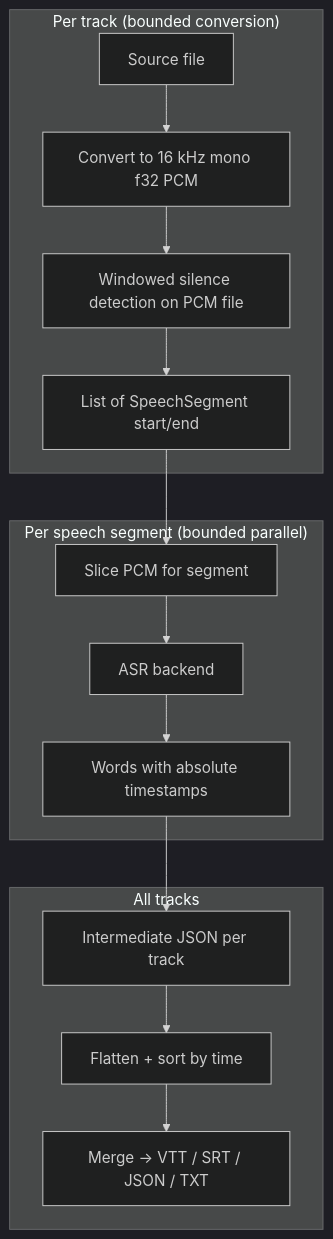
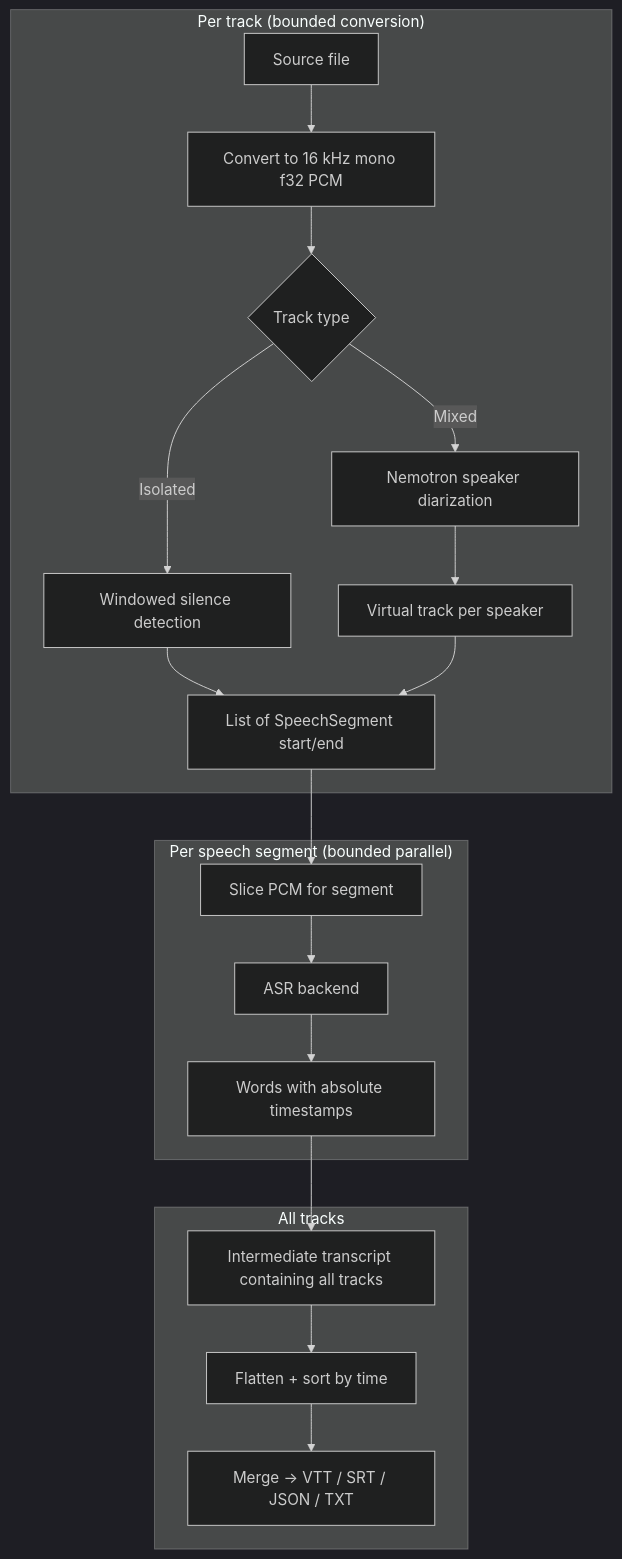
One commit to heikopanjas/superscribe changed the diagram in README.md. Above: the diagram before and after it, drawn with Mermaid (dark theme). The commit also changed other lines of this file and 2 other files, not shown here.

````diff
--- a/README.md
+++ b/README.md
@@ -44,18 +49,22 @@
 ```mermaid
 flowchart TB
   subgraph per_track ["Per track (bounded conversion)"]
     A[Source file] --> B[Convert to 16 kHz mono f32 PCM]
-    B --> C[Windowed silence detection on PCM file]
+    B --> K{Track type}
+    K -->|Isolated| C[Windowed silence detection]
+    K -->|Mixed| L[Nemotron speaker diarization]
     C --> D["List of SpeechSegment start/end"]
+    L --> M[Virtual track per speaker]
+    M --> D
   end
   subgraph transcribe ["Per speech segment (bounded parallel)"]
     D --> E[Slice PCM for segment]
     E --> F[ASR backend]
     F --> G[Words with absolute timestamps]
   end
   subgraph merge_phase ["All tracks"]
-    G --> H[Intermediate JSON per track]
+    G --> H[Intermediate transcript containing all tracks]
     H --> I[Flatten + sort by time]
     I --> J[Merge → VTT / SRT / JSON / TXT]
   end
 ```
````
